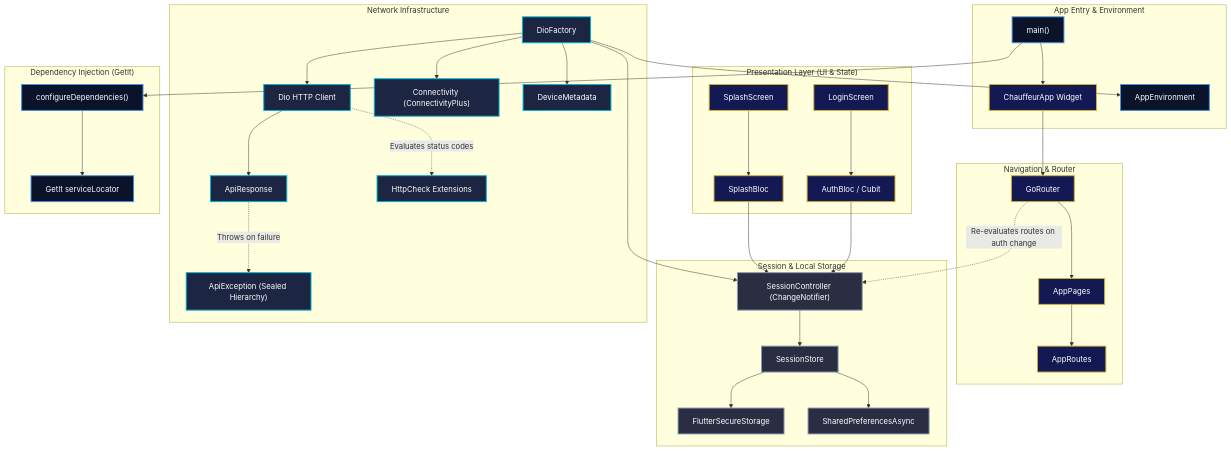
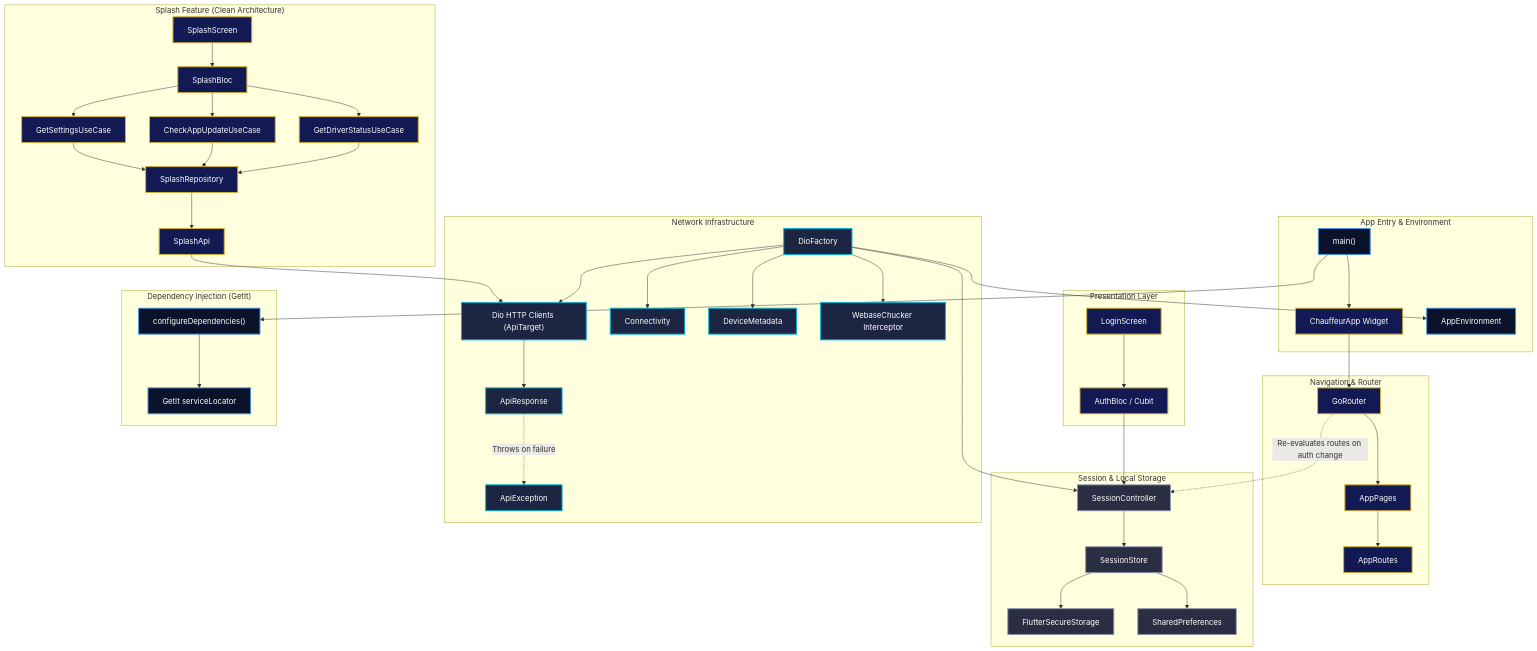
Before and after one commit to eng-ahmed-younis/Chauffeur-Hub: the first of 2 diagrams in README.md, drawn with Mermaid. The commit also changed other lines of this file, not shown here.

Commit message:
Update README.md to enhance feature descriptions, clarify architecture, and detail network infrastructure

````diff
--- a/README.md
+++ b/README.md
@@ -99,28 +141,36 @@
         AppRoutes["AppRoutes"]
     end
 
-    subgraph PresentationLayer ["Presentation Layer (UI & State)"]
+    subgraph SplashFeature ["Splash Feature (Clean Architecture)"]
         SplashScreen["SplashScreen"]
         SplashBloc["SplashBloc"]
+        GetSettingsUseCase["GetSettingsUseCase"]
+        CheckAppUpdateUseCase["CheckAppUpdateUseCase"]
+        GetDriverStatusUseCase["GetDriverStatusUseCase"]
+        SplashRepository["SplashRepository"]
+        SplashApi["SplashApi"]
+    end
+
+    subgraph PresentationLayer ["Presentation Layer"]
         LoginScreen["LoginScreen"]
         AuthBloc["AuthBloc / Cubit"]
     end
 
     subgraph SessionStorageLayer ["Session & Local Storage"]
-        SessionController["SessionController (ChangeNotifier)"]
+        SessionController["SessionController"]
         SessionStore["SessionStore"]
         SecureStorage["FlutterSecureStorage"]
-        SharedPrefs["SharedPreferencesAsync"]
+        SharedPrefs["SharedPreferences"]
     end
 
     subgraph NetworkLayer ["Network Infrastructure"]
         DioFactory["DioFactory"]
-        DioInstance["Dio HTTP Client"]
-        Connectivity["Connectivity (ConnectivityPlus)"]
+        DioInstance["Dio HTTP Clients (ApiTarget)"]
+        Connectivity["Connectivity"]
         DeviceMetadata["DeviceMetadata"]
+        WebaseChucker["WebaseChucker Interceptor"]
         ApiResponse["ApiResponse"]
-        ApiException["ApiException (Sealed Hierarchy)"]
-        HttpCheck["HttpCheck Extensions"]
+        ApiException["ApiException"]
     end
 
     subgraph ServiceLocator ["Dependency Injection (GetIt)"]
@@ -139,7 +189,16 @@
     GoRouter -. "Re-evaluates routes on auth change" .-> SessionController
 
     SplashScreen --> SplashBloc
-    SplashBloc --> SessionController
+    SplashBloc --> GetSettingsUseCase
+    SplashBloc --> CheckAppUpdateUseCase
+    SplashBloc --> GetDriverStatusUseCase
+    GetSettingsUseCase --> SplashRepository
+    CheckAppUpdateUseCase --> SplashRepository
+    GetDriverStatusUseCase --> SplashRepository
+    SplashRepository --> SplashApi
+
+    SplashApi --> DioInstance
+
     LoginScreen --> AuthBloc
     AuthBloc --> SessionController
 
@@ -152,10 +211,10 @@
     DioFactory --> SessionController
     DioFactory --> Connectivity
     DioFactory --> DeviceMetadata
+    DioFactory --> WebaseChucker
 
     DioInstance --> ApiResponse
     ApiResponse -. "Throws on failure" .-> ApiException
-    DioInstance -. "Evaluates status codes" .-> HttpCheck
 
     %% Styling Definitions
     classDef ui fill:#131952,stroke:#D4AF37,stroke-width:2px,color:#FFFFFF;
@@ -163,8 +222,8 @@
     classDef net fill:#1C2541,stroke:#00B4D8,stroke-width:2px,color:#FFFFFF;
     classDef storage fill:#2B2D42,stroke:#8D99AE,stroke-width:2px,color:#FFFFFF;
 
-    class ChauffeurApp,GoRouter,AppPages,AppRoutes,SplashScreen,SplashBloc,LoginScreen,AuthBloc ui;
+    class ChauffeurApp,GoRouter,AppPages,AppRoutes,SplashScreen,SplashBloc,LoginScreen,AuthBloc,GetSettingsUseCase,CheckAppUpdateUseCase,GetDriverStatusUseCase,SplashRepository,SplashApi ui;
     class mainNode,AppEnvironment,configureDependencies,serviceLocator core;
-    class DioFactory,DioInstance,Connectivity,DeviceMetadata,ApiResponse,ApiException,HttpCheck net;
+    class DioFactory,DioInstance,Connectivity,DeviceMetadata,WebaseChucker,ApiResponse,ApiException net;
     class SessionController,SessionStore,SecureStorage,SharedPrefs storage;
 ```
````
